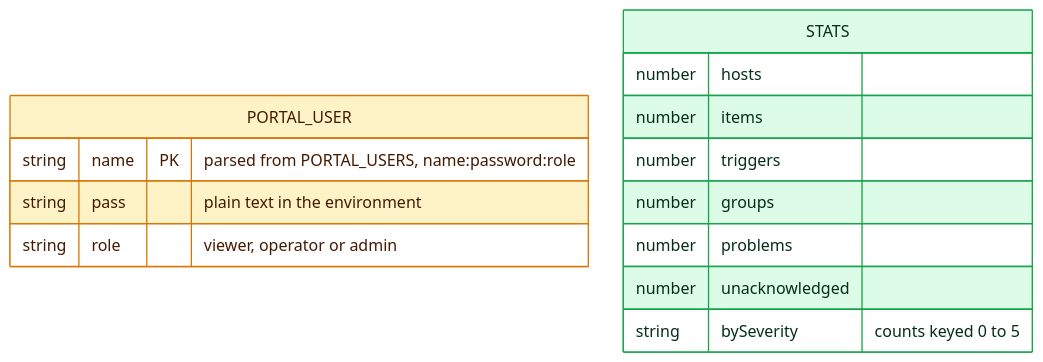
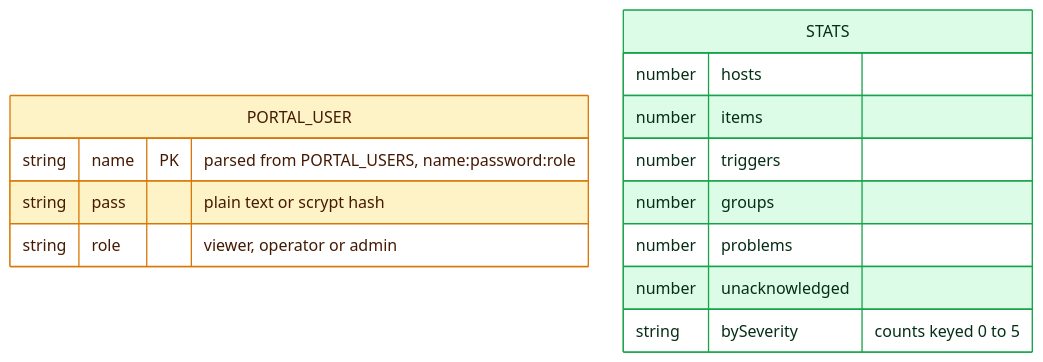
The tenth of 10 diagrams in docs/erd/vanilla/ERD-Domains.md (Fxkra28/Dashboard-Zabbix-Prototype), drawn with Mermaid (base theme) before and after one commit. The commit also changed other lines of this file and 351 other files, not shown here.

````diff
--- a/docs/erd/vanilla/ERD-Domains.md
+++ b/docs/erd/vanilla/ERD-Domains.md
@@ -661,29 +661,29 @@
 ```mermaid
 ---
 config:
   layout: elk
 ---
 erDiagram
     direction TB
     PORTAL_USER {
         string name PK "parsed from PORTAL_USERS, name:password:role"
-        string pass "plain text in the environment"
+        string pass "plain text or scrypt hash"
         string role "viewer, operator or admin"
     }
     STATS {
         number hosts
         number items
         number triggers
         number groups
         number problems
         number unacknowledged
         string bySeverity "counts keyed 0 to 5"
     }
 
     classDef zbx      fill:#dbeafe,stroke:#2563eb,color:#14213d
     classDef derived  fill:#dcfce7,stroke:#16a34a,color:#052e16
     classDef local    fill:#fef3c7,stroke:#d97706,color:#451a03
     classDef external fill:#f1f5f9,stroke:#94a3b8,color:#475569
     class STATS derived
     class PORTAL_USER local
 ```
````
